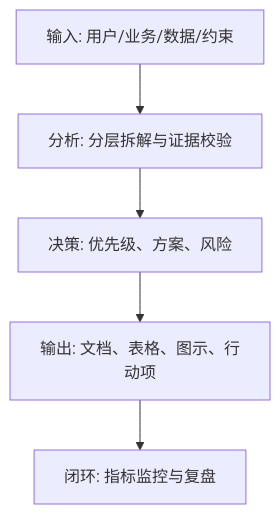
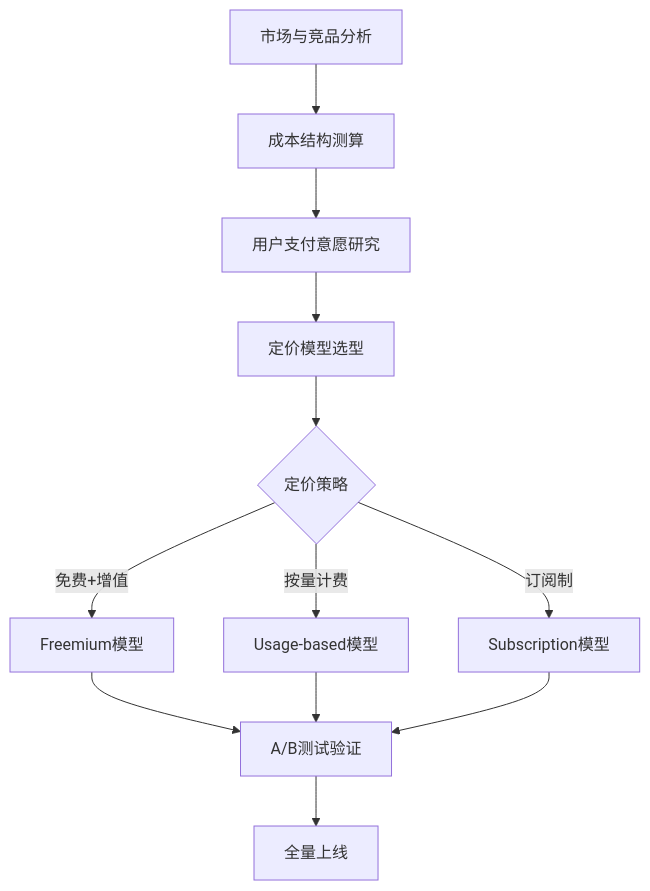
Before and after one commit to AgiWish/ai-system-prompts-cn: the diagram in AIPM/04_P0_定价策略文档.md, drawn with Mermaid. The commit also changed other lines of this file and 22 other files, not shown here.

````diff
--- a/AIPM/04_P0_定价策略文档.md
+++ b/AIPM/04_P0_定价策略文档.md
@@ -146,7 +137,12 @@
 ```mermaid
 flowchart TD
-  A[输入: 用户/业务/数据/约束] --> B[分析: 分层拆解与证据校验]
-  B --> C[决策: 优先级、方案、风险]
-  C --> D[输出: 文档、表格、图示、行动项]
-  D --> E[闭环: 指标监控与复盘]
+  A[市场与竞品分析] --> B[成本结构测算]
+  B --> C[用户支付意愿研究]
+  C --> D[定价模型选型]
+  D --> E{定价策略}
+  E -->|免费+增值| F[Freemium模型]
+  E -->|按量计费| G[Usage-based模型]
+  E -->|订阅制| H[Subscription模型]
+  F & G & H --> I[A/B测试验证]
+  I --> J[全量上线]
 ```
````
